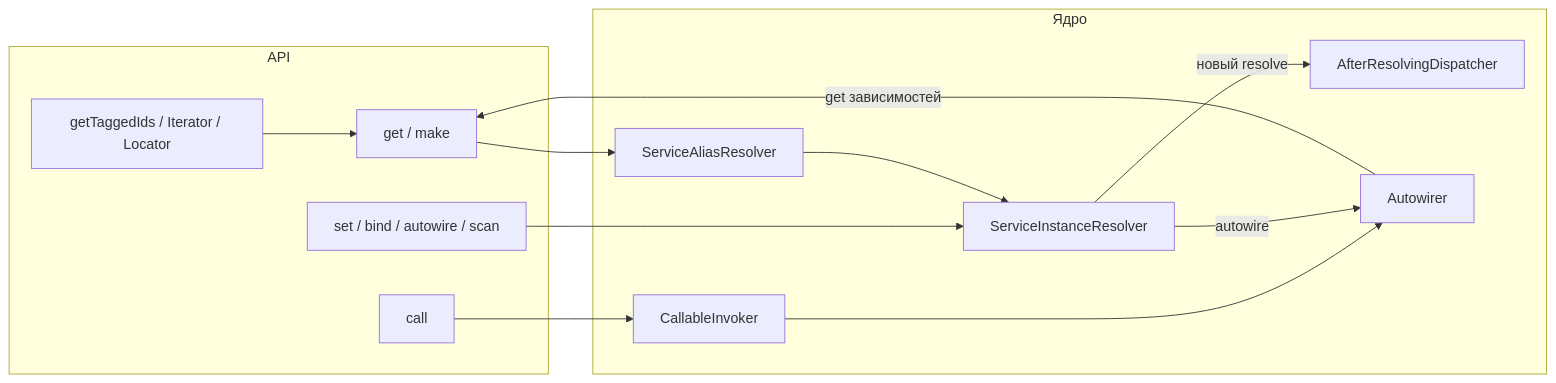
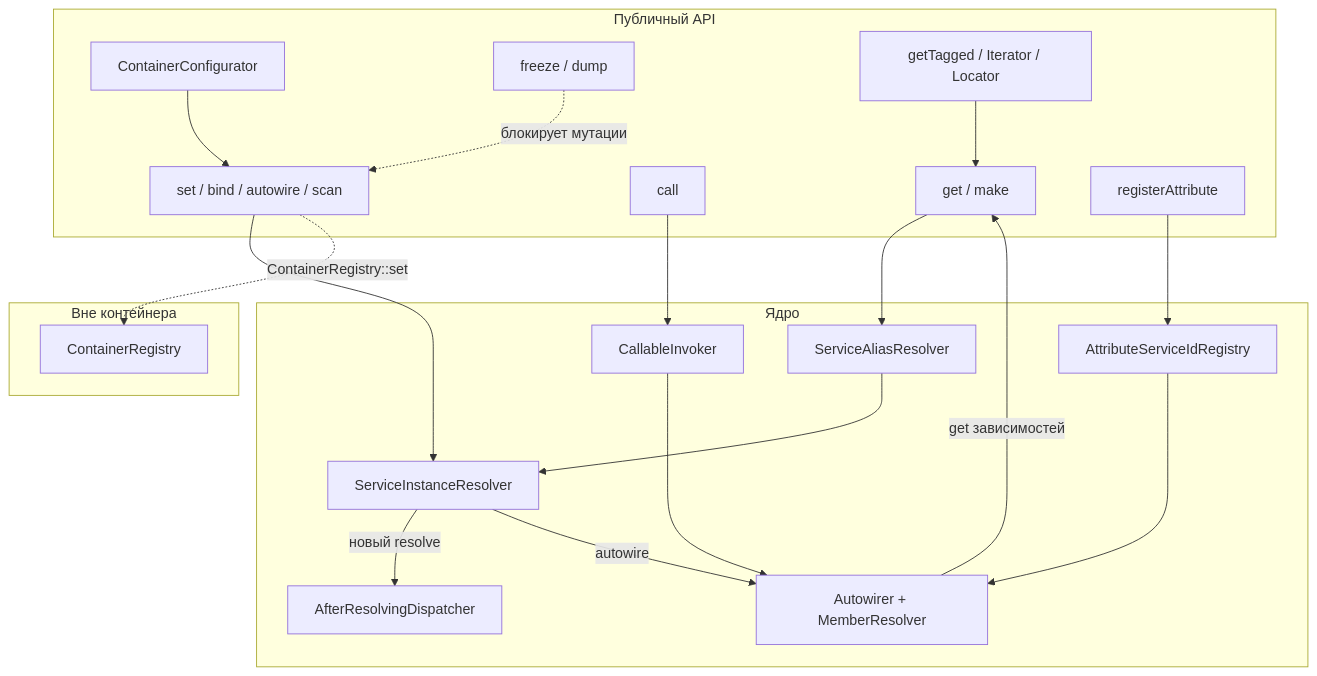
The diagram in wiki/Home.md (cloudcastle-apps/di), drawn with Mermaid before and after one commit. The commit also changed other lines of this file and 92 other files, not shown here.

First line of the commit message:
feat: ContainerConfigurator и registerAttribute (v1.5.0)

````diff
--- a/wiki/Home.md
+++ b/wiki/Home.md
@@ -89,23 +101,38 @@
 ```mermaid
-flowchart LR
-    subgraph api [API]
+flowchart TB
+    subgraph api [Публичный API]
         get[get / make]
         apiCall[call]
         reg[set / bind / autowire / scan]
-        tag[getTaggedIds / Iterator / Locator]
+        cfg[ContainerConfigurator]
+        attr[registerAttribute]
+        frz[freeze / dump]
+        tag[getTagged / Iterator / Locator]
     end
+
     subgraph core [Ядро]
         aliasR[ServiceAliasResolver]
         instR[ServiceInstanceResolver]
         hooks[AfterResolvingDispatcher]
         invoker[CallableInvoker]
-        aw[Autowirer]
+        aw[Autowirer + MemberResolver]
+        attrR[AttributeServiceIdRegistry]
     end
+
+    subgraph external [Вне контейнера]
+        cr[ContainerRegistry]
+    end
+
     reg --> instR
+    cfg --> reg
+    attr --> attrR
+    attrR --> aw
     get --> aliasR --> instR
     instR -->|новый resolve| hooks
     apiCall --> invoker --> aw
     instR -->|autowire| aw
     aw -->|get зависимостей| get
     tag --> get
+    frz -.->|блокирует мутации| reg
+    reg -.->|ContainerRegistry::set| cr
 ```
````
